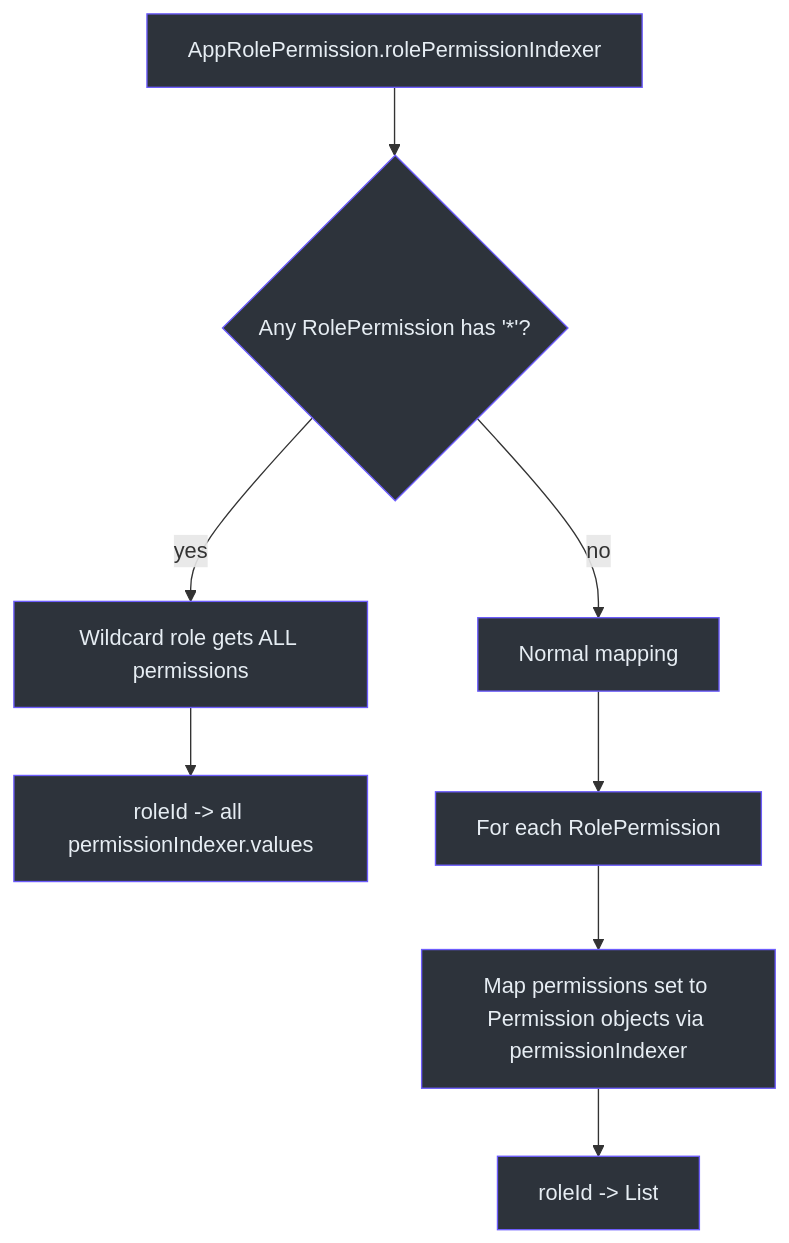
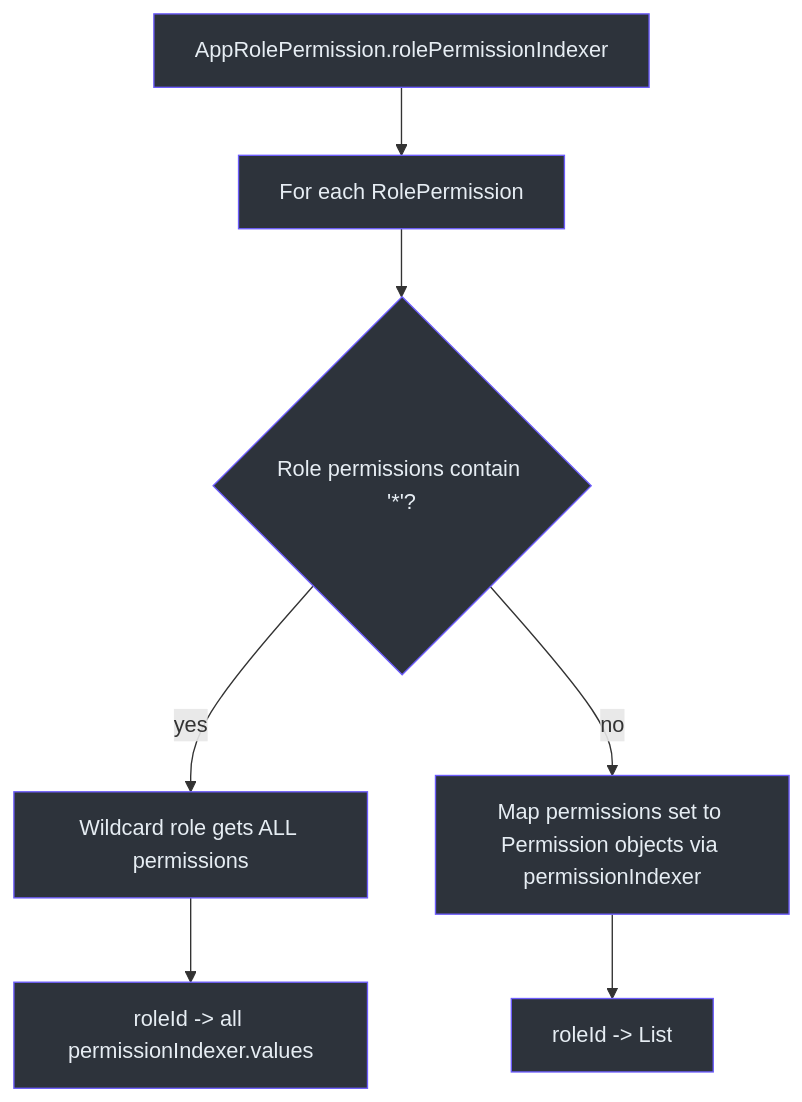
Before and after one commit to Ahoo-Wang/CoSec: the second of 3 diagrams in wiki/deep-dive/authorization/permissions-roles.md, drawn with Mermaid. The commit also changed other lines of this file and 59 other files, not shown here.

````diff
--- a/wiki/deep-dive/authorization/permissions-roles.md
+++ b/wiki/deep-dive/authorization/permissions-roles.md
@@ -187,20 +186,18 @@
 ```mermaid
 flowchart TD
-    A["AppRolePermission.rolePermissionIndexer"] --> B{"Any RolePermission has '*'?"}
+    A["AppRolePermission.rolePermissionIndexer"] --> E["For each RolePermission"]
+    E --> B{"Role permissions contain '*'?"}
     B -->|"yes"| C["Wildcard role gets ALL permissions"]
     C --> D["roleId -> all permissionIndexer.values"]
-    B -->|"no"| E["Normal mapping"]
-    E --> F["For each RolePermission"]
-    F --> G["Map permissions set to Permission objects via permissionIndexer"]
+    B -->|"no"| G["Map permissions set to Permission objects via permissionIndexer"]
     G --> H["roleId -> List<Permission>"]
 
     style A fill:#2d333b,stroke:#6d5dfc,color:#e6edf3
     style B fill:#2d333b,stroke:#6d5dfc,color:#e6edf3
     style C fill:#2d333b,stroke:#6d5dfc,color:#e6edf3
     style D fill:#2d333b,stroke:#6d5dfc,color:#e6edf3
     style E fill:#2d333b,stroke:#6d5dfc,color:#e6edf3
-    style F fill:#2d333b,stroke:#6d5dfc,color:#e6edf3
     style G fill:#2d333b,stroke:#6d5dfc,color:#e6edf3
     style H fill:#2d333b,stroke:#6d5dfc,color:#e6edf3
 
 ```
````
